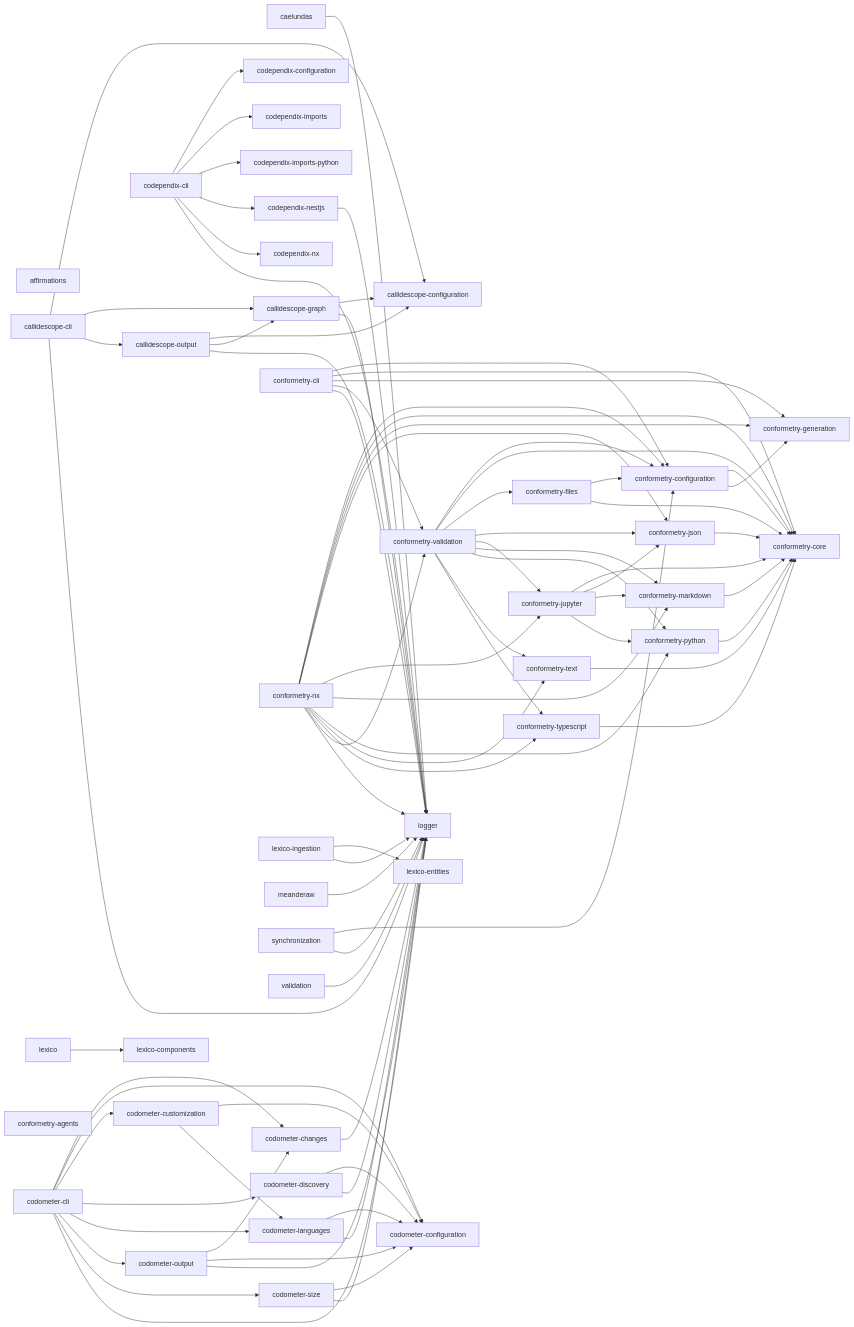
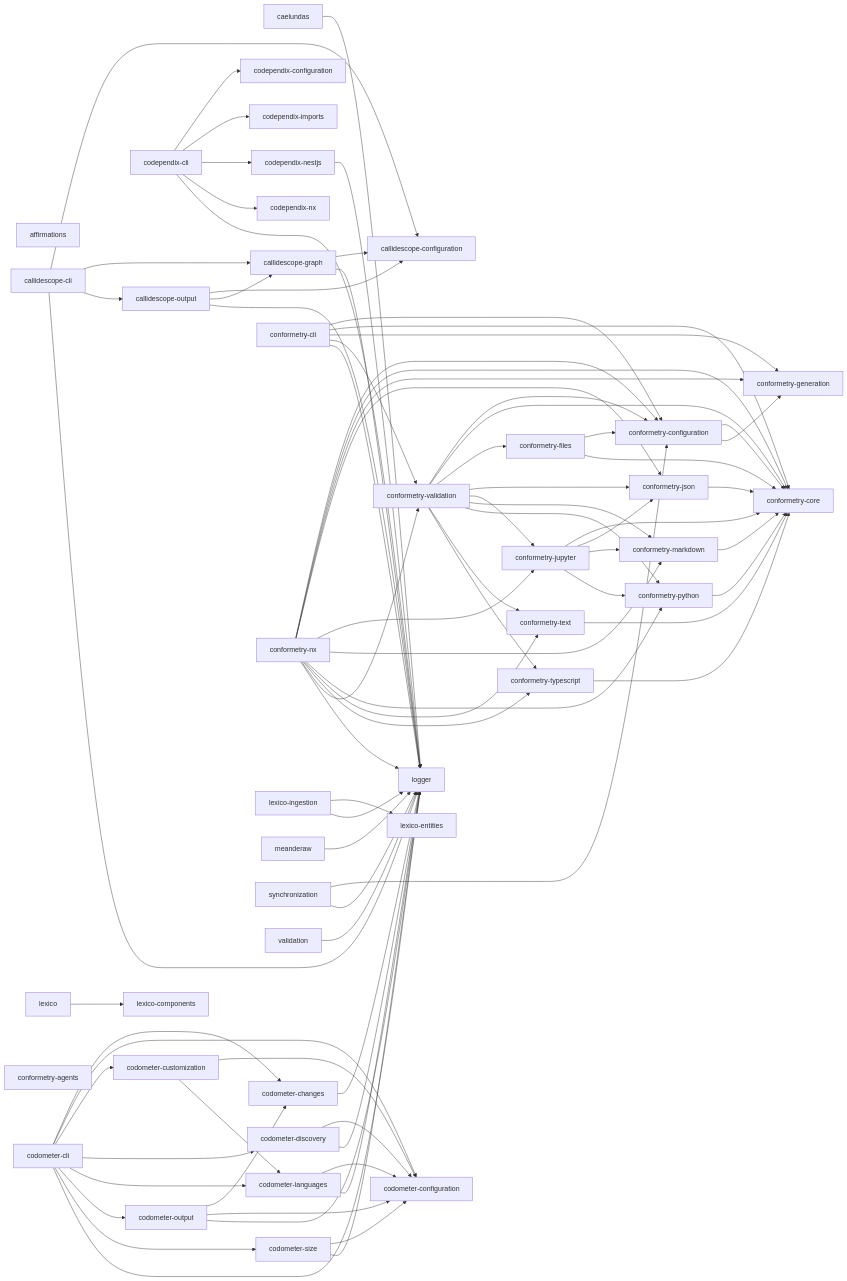
One commit to JimmyPaolini/codebase changed the diagram in README.md. Above: the diagram before and after it, drawn with Mermaid. The commit also changed other lines of this file and 80 other files, not shown here.

Commit message:
refactor(codependix): ♻️ move python import graphs into codependix-imports

```diff
--- a/README.md
+++ b/README.md
@@ -159,7 +158,6 @@
   codependix_cli["codependix-cli"]
   codependix_configuration["codependix-configuration"]
   codependix_imports["codependix-imports"]
-  codependix_imports_python["codependix-imports-python"]
   codependix_nestjs["codependix-nestjs"]
   codependix_nx["codependix-nx"]
   codometer_changes["codometer-changes"]
@@ -204,7 +202,6 @@
   callidescope_output --> logger
   codependix_cli --> codependix_configuration
   codependix_cli --> codependix_imports
-  codependix_cli --> codependix_imports_python
   codependix_cli --> codependix_nestjs
   codependix_cli --> codependix_nx
   codependix_cli --> logger
```
